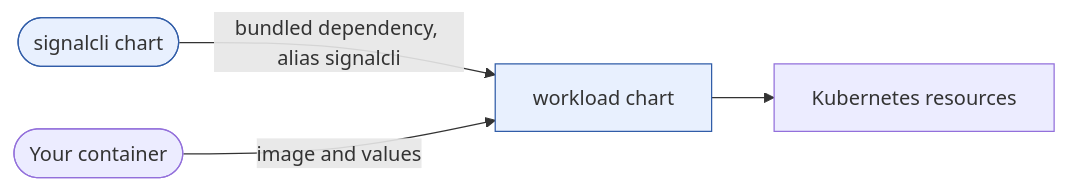
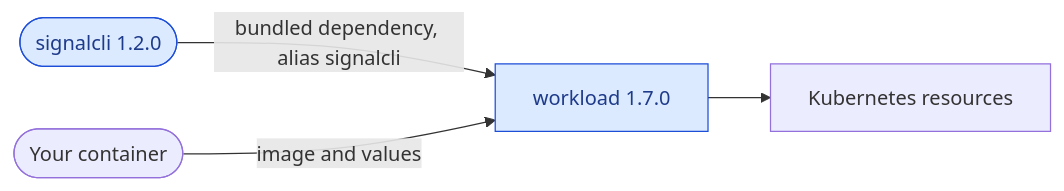
Before and after one commit to f2calv/helm-charts: the diagram in README.md, drawn with Mermaid. The commit also changed other lines of this file and 3 other files, not shown here.

First line of the commit message:
feat(signalcli): bundle workload 1.7.0 in chart 1.2.0

````diff
--- a/README.md
+++ b/README.md
@@ -41,8 +41,8 @@
 ```mermaid
 graph LR
-  Signal([signalcli chart]) -->|bundled dependency, alias signalcli| Workload[workload chart]
+  Signal(["signalcli 1.2.0"]) -->|bundled dependency, alias signalcli| Workload["workload 1.7.0"]
   Consumer([Your container]) -->|image and values| Workload
   Workload --> Resources[Kubernetes resources]
-  classDef owned fill:#e8f0fe,stroke:#315da8
+  classDef owned fill:#dbeafe,stroke:#1d4ed8,color:#1e3a8a
   class Signal,Workload owned
 ```
````
